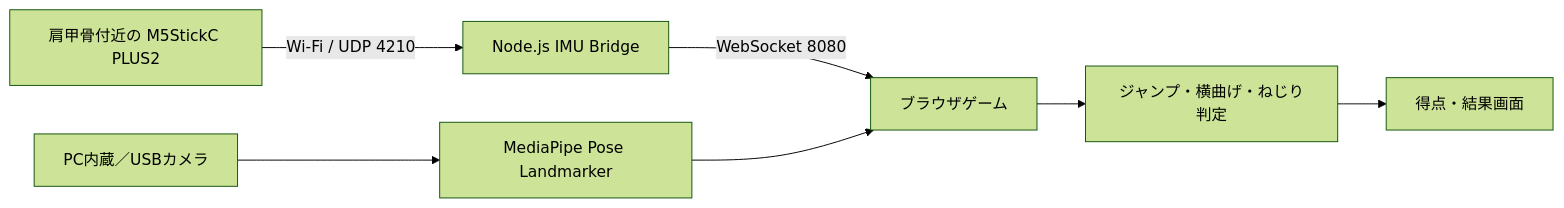
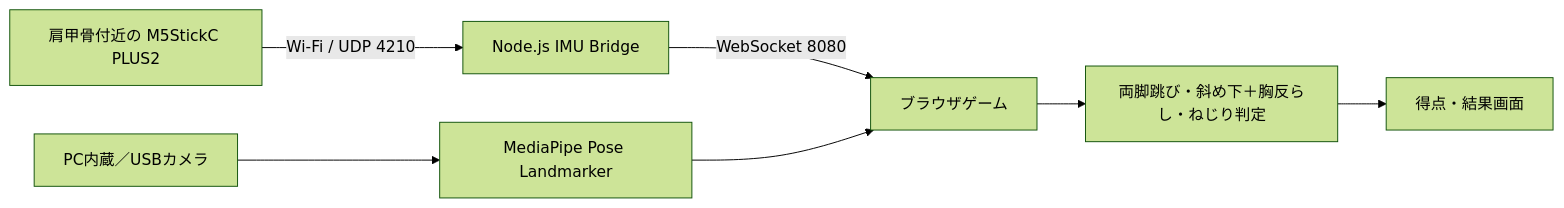
One commit to 3CJE2104-sketch/radio-calisthenics-heroes changed the diagram in README.md. Above: the diagram before and after it, drawn with Mermaid (forest theme). The commit also changed other lines of this file and 4 other files, not shown here.

````diff
--- a/README.md
+++ b/README.md
@@ -244,9 +244,9 @@
 ```mermaid
 flowchart LR
     Camera["PC内蔵／USBカメラ"] --> Pose["MediaPipe Pose Landmarker"]
     M5["肩甲骨付近の M5StickC PLUS2"] -->|"Wi-Fi / UDP 4210"| Bridge["Node.js IMU Bridge"]
     Bridge -->|"WebSocket 8080"| Browser["ブラウザゲーム"]
     Pose --> Browser
-    Browser --> Judge["ジャンプ・横曲げ・ねじり判定"]
+    Browser --> Judge["両脚跳び・斜め下＋胸反らし・ねじり判定"]
     Judge --> Result["得点・結果画面"]
 ```
````
